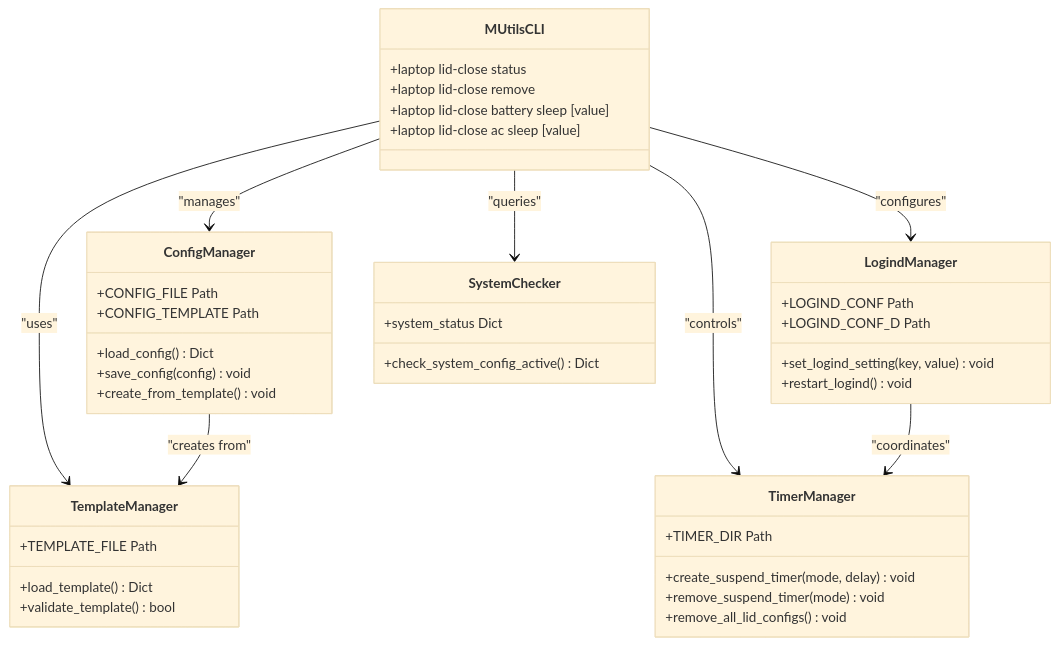
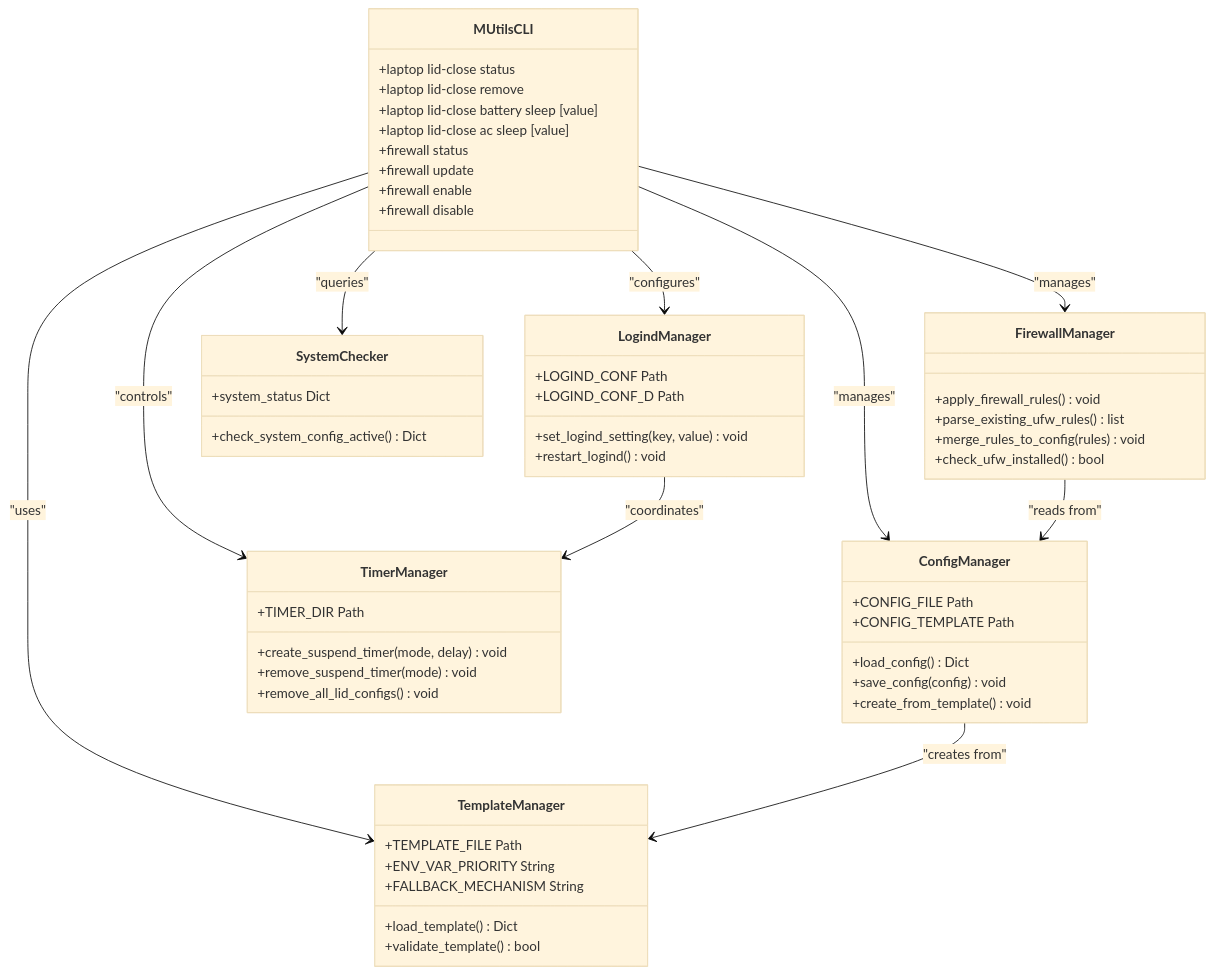
The third of 10 diagrams in .qoder/repowiki/en/content/System Integration/M-Utils System Management.md (cr8ivecodesmith/dotfiles), drawn with Mermaid (base theme) before and after one commit. The commit also changed other lines of this file and 5 other files, not shown here.

````diff
--- a/.qoder/repowiki/en/content/System Integration/M-Utils System Management.md
+++ b/.qoder/repowiki/en/content/System Integration/M-Utils System Management.md
@@ -222,44 +236,58 @@
 ```mermaid
 classDiagram
 class MUtilsCLI {
 +laptop lid-close status
 +laptop lid-close remove
 +laptop lid-close battery sleep [value]
 +laptop lid-close ac sleep [value]
++firewall status
++firewall update
++firewall enable
++firewall disable
 }
 class ConfigManager {
 +load_config() Dict
 +save_config(config) void
 +CONFIG_FILE Path
 +CONFIG_TEMPLATE Path
 +create_from_template() void
 }
 class TemplateManager {
 +load_template() Dict
 +validate_template() bool
 +TEMPLATE_FILE Path
++ENV_VAR_PRIORITY String
++FALLBACK_MECHANISM String
 }
 class LogindManager {
 +set_logind_setting(key, value) void
 +restart_logind() void
 +LOGIND_CONF Path
 +LOGIND_CONF_D Path
 }
 class TimerManager {
 +create_suspend_timer(mode, delay) void
 +remove_suspend_timer(mode) void
 +remove_all_lid_configs() void
 +TIMER_DIR Path
 }
+class FirewallManager {
++apply_firewall_rules() void
++parse_existing_ufw_rules() list
++merge_rules_to_config(rules) void
++check_ufw_installed() bool
+}
 class SystemChecker {
 +check_system_config_active() Dict
 +system_status Dict
 }
 MUtilsCLI --> ConfigManager : "manages"
 MUtilsCLI --> TemplateManager : "uses"
 MUtilsCLI --> LogindManager : "configures"
 MUtilsCLI --> TimerManager : "controls"
+MUtilsCLI --> FirewallManager : "manages"
 MUtilsCLI --> SystemChecker : "queries"
 ConfigManager --> TemplateManager : "creates from"
 LogindManager --> TimerManager : "coordinates"
+FirewallManager --> ConfigManager : "reads from"
 ```
````
